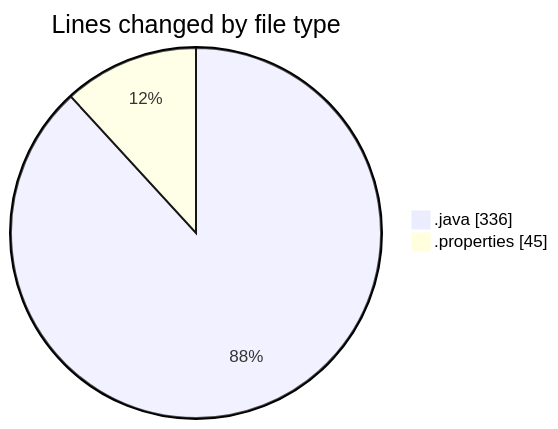
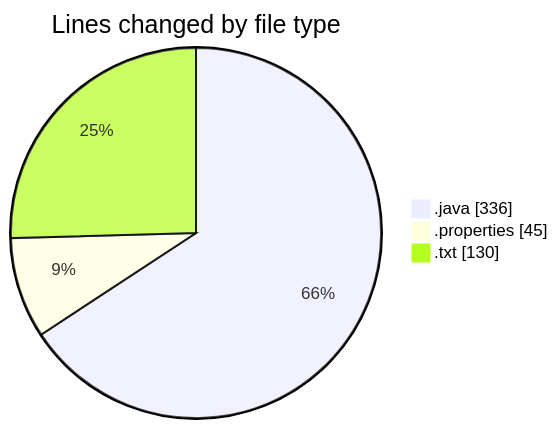
The first of 2 diagrams in 2026-03-03/cilapp/README.md (ricardozamudiocil/code-tracking), drawn with Mermaid before and after one commit. The commit also changed other lines of this file and 1 other file, not shown here.

````diff
--- a/2026-03-03/cilapp/README.md
+++ b/2026-03-03/cilapp/README.md
@@ -21,6 +22,7 @@
 ```mermaid
 pie showData
 title Lines changed by file type
 ".java" : 336
 ".properties" : 45
+".txt" : 130
 ```
````
